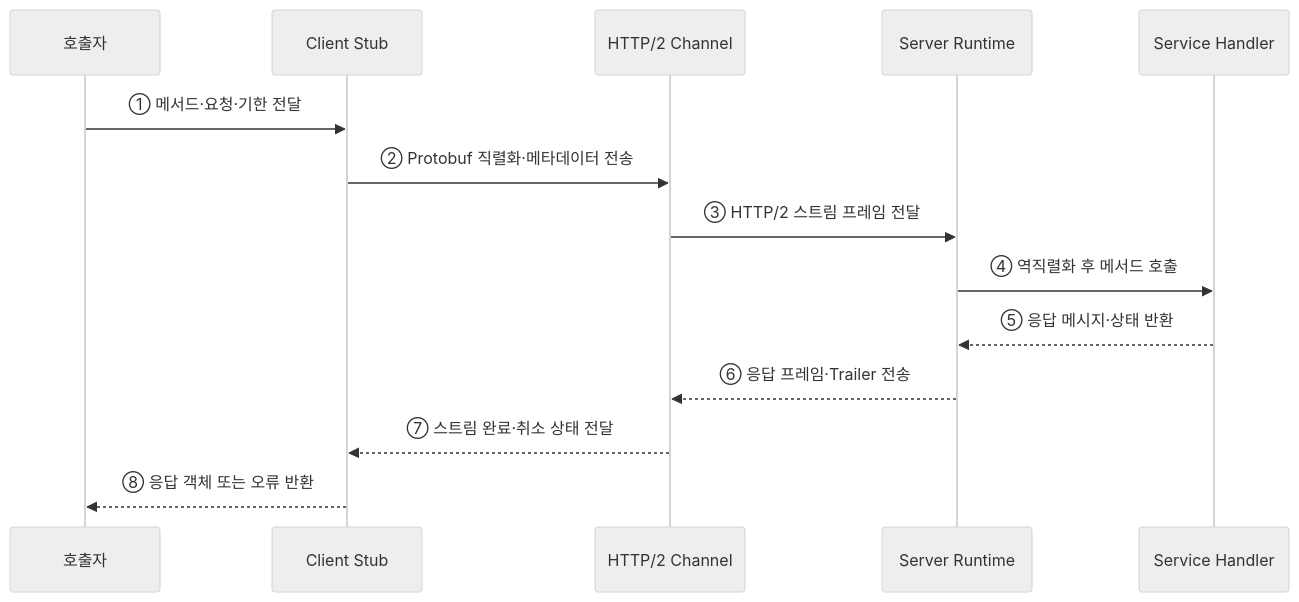
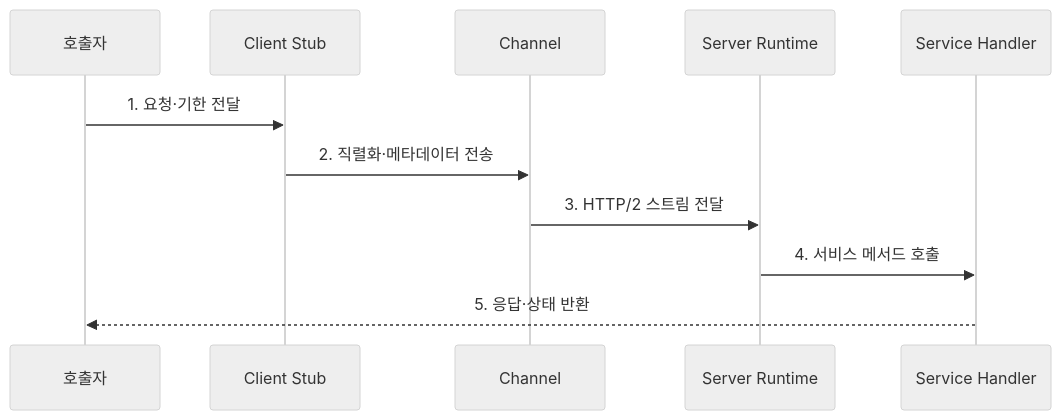
The second of 2 diagrams in src/content/docs/notes/03-software/173_grpc.md (agnusdei1207/knowledge-base), drawn with Mermaid (neutral theme) before and after one commit. The commit also changed other lines of this file and 20 other files, not shown here.

````diff
--- a/src/content/docs/notes/03-software/173_grpc.md
+++ b/src/content/docs/notes/03-software/173_grpc.md
@@ -73,16 +85,13 @@
 ```mermaid
 sequenceDiagram
     participant A as 호출자
     participant C as Client Stub
-    participant H as HTTP/2 Channel
+    participant H as Channel
     participant R as Server Runtime
     participant S as Service Handler
-    A->>C: ① 메서드·요청·기한 전달
-    C->>H: ② Protobuf 직렬화·메타데이터 전송
-    H->>R: ③ HTTP/2 스트림 프레임 전달
-    R->>S: ④ 역직렬화 후 메서드 호출
-    S-->>R: ⑤ 응답 메시지·상태 반환
-    R-->>H: ⑥ 응답 프레임·Trailer 전송
-    H-->>C: ⑦ 스트림 완료·취소 상태 전달
-    C-->>A: ⑧ 응답 객체 또는 오류 반환
+    A->>C: 1. 요청·기한 전달
+    C->>H: 2. 직렬화·메타데이터 전송
+    H->>R: 3. HTTP/2 스트림 전달
+    R->>S: 4. 서비스 메서드 호출
+    S-->>A: 5. 응답·상태 반환
 ```
````
